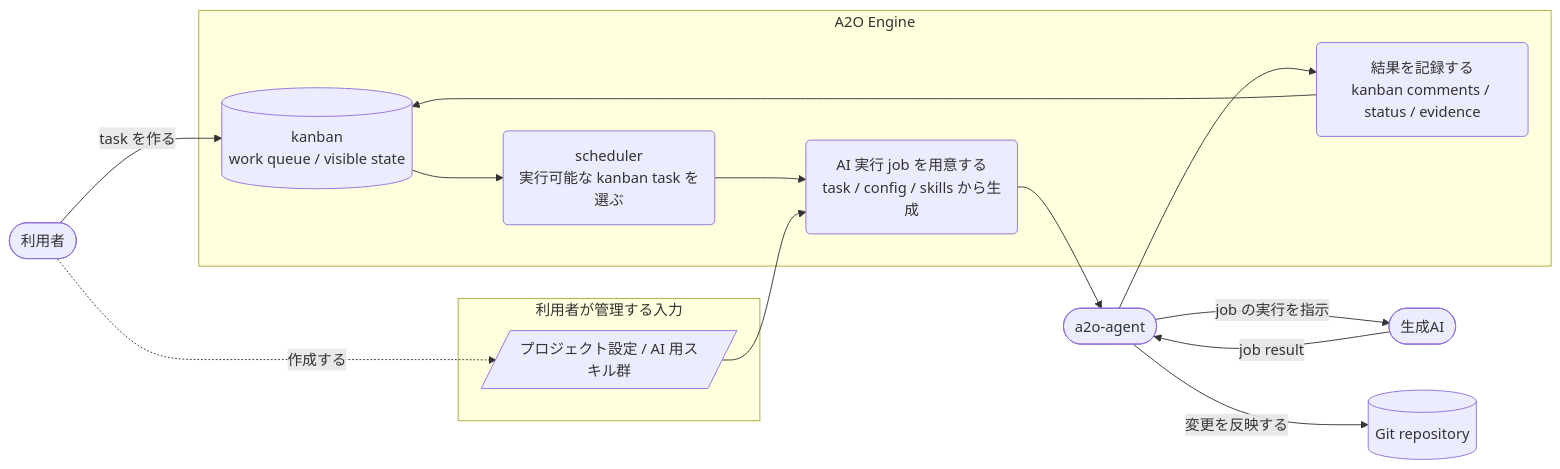
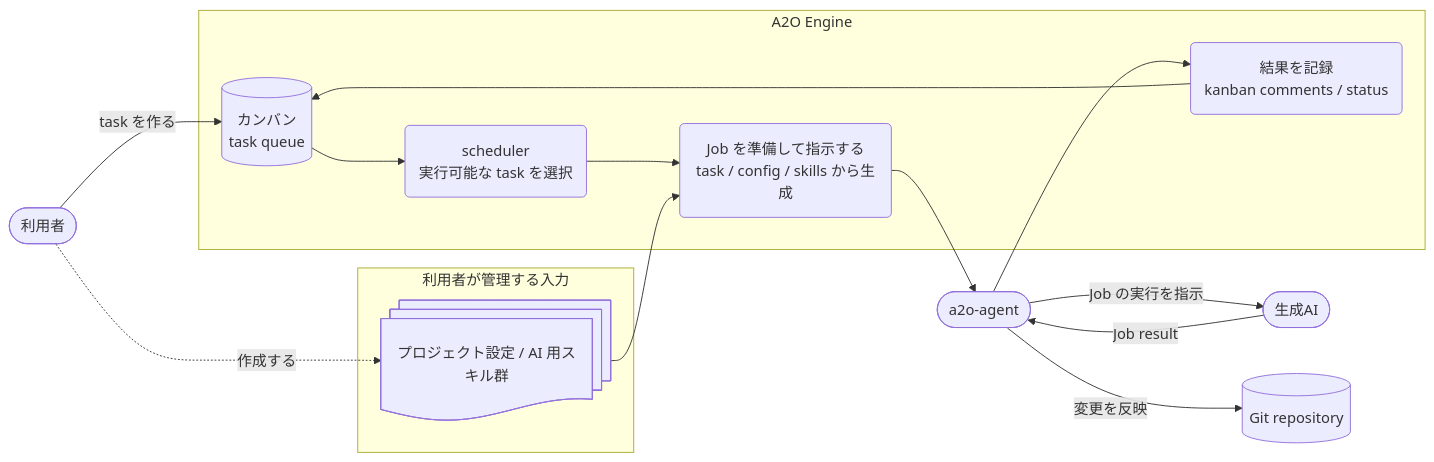
One commit to wamukat/a2o changed the diagram in docs/ja/dev/00-design-map.md. Above: the diagram before and after it, drawn with Mermaid. The commit also changed 1 other file, not shown here.

Commit message:
A2O#89 Use Mermaid docs shape for inputs

````diff
--- a/docs/ja/dev/00-design-map.md
+++ b/docs/ja/dev/00-design-map.md
@@ -14,31 +14,31 @@
 ```mermaid
 flowchart LR
   User([利用者])
   Agent([a2o-agent])
   AI([生成AI])
 
   subgraph Inputs["利用者が管理する入力"]
-    ProjectInputs[/プロジェクト設定 / AI 用スキル群/]
+    ProjectInputs@{ shape: docs, label: "プロジェクト設定 / AI 用スキル群" }
   end
 
   subgraph Engine["A2O Engine"]
-    Kanban[(kanban\nwork queue / visible state)]
-    Scheduler(scheduler\n実行可能な kanban task を選ぶ)
-    Prepare(AI 実行 job を用意する\ntask / config / skills から生成)
-    Report(結果を記録する\nkanban comments / status / evidence)
+    Kanban[(カンバン\ntask queue)]
+    Scheduler(scheduler\n実行可能な task を選択)
+    Prepare(Job を準備して指示する\ntask / config / skills から生成)
+    Report(結果を記録\nkanban comments / status)
   end
 
   Repository[(Git repository)]
 
   User -->|"task を作る"| Kanban
   User -.->|"作成する"| ProjectInputs
   Kanban --> Scheduler
   Scheduler --> Prepare
   ProjectInputs --> Prepare
   Prepare --> Agent
-  Agent -->|"job の実行を指示"| AI
-  AI -->|"job result"| Agent
-  Agent -->|"変更を反映する"| Repository
+  Agent -->|"Job の実行を指示"| AI
+  AI -->|"Job result"| Agent
+  Agent -->|"変更を反映"| Repository
   Agent --> Report
   Report --> Kanban
 ```
````
